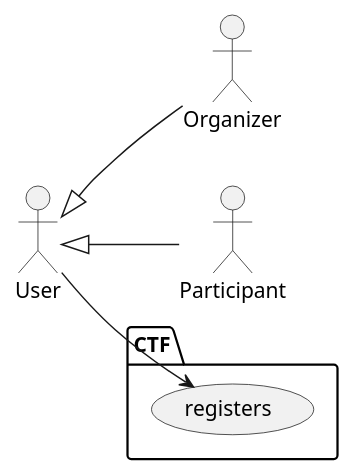
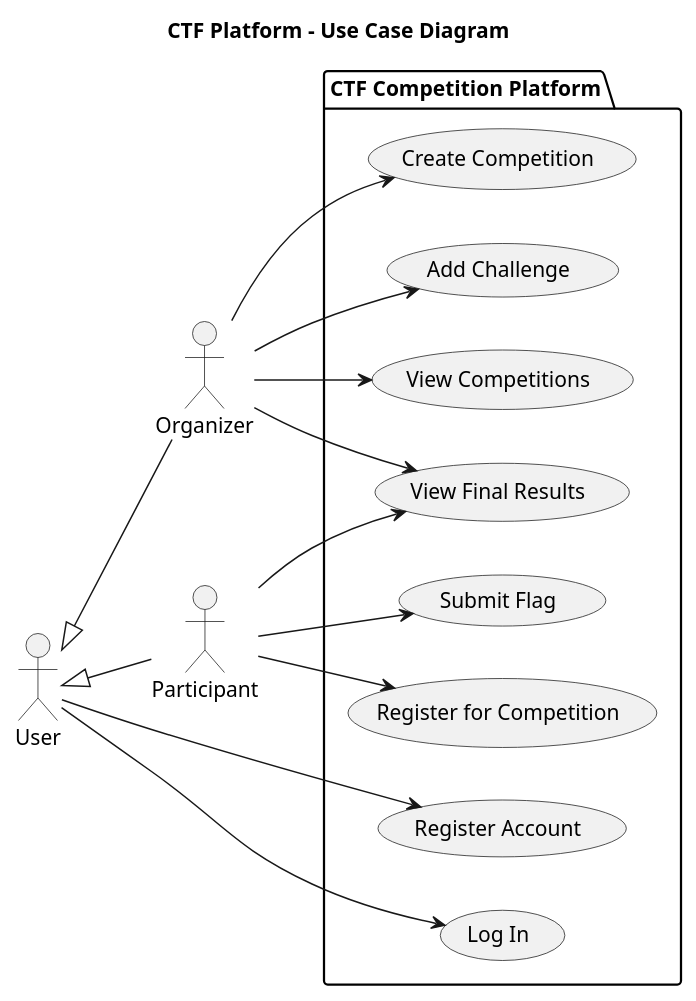
The diagram in uml/use-case.wsd (Kolm416/26FCSC3020-prj-2), drawn with PlantUML before and after one commit. The commit also changed 2 other files, not shown here.

Commit message:
finished diagrams

```diff
--- a/uml/use-case.wsd
+++ b/uml/use-case.wsd
@@ -1,13 +1,37 @@
 @startuml usecase
 
 left to right direction
 
-:User:
-:Organizer:
-:Participant:
+title CTF Platform - Use Case Diagram
+
+actor User
+actor Organizer
+actor Participant
+
 User <|-- Organizer
-User <|-- Participant 
+User <|-- Participant
 
-package "CTF" {
-    :User: --> (registers)
+package "CTF Competition Platform" {
+    usecase "Register Account" as UC1
+    usecase "Log In" as UC2
+    usecase "View Competitions" as UC3
+    usecase "Create Competition" as UC4
+    usecase "Add Challenge" as UC5
+    usecase "Register for Competition" as UC6
+    usecase "Submit Flag" as UC7
+    usecase "View Final Results" as UC8
+}
+
+User --> UC1
+User --> UC2
+
+Organizer --> UC3
+Organizer --> UC4
+Organizer --> UC5
+Organizer --> UC8
+
+Participant --> UC6
+Participant --> UC7
+Participant --> UC8
+
 @enduml
```
